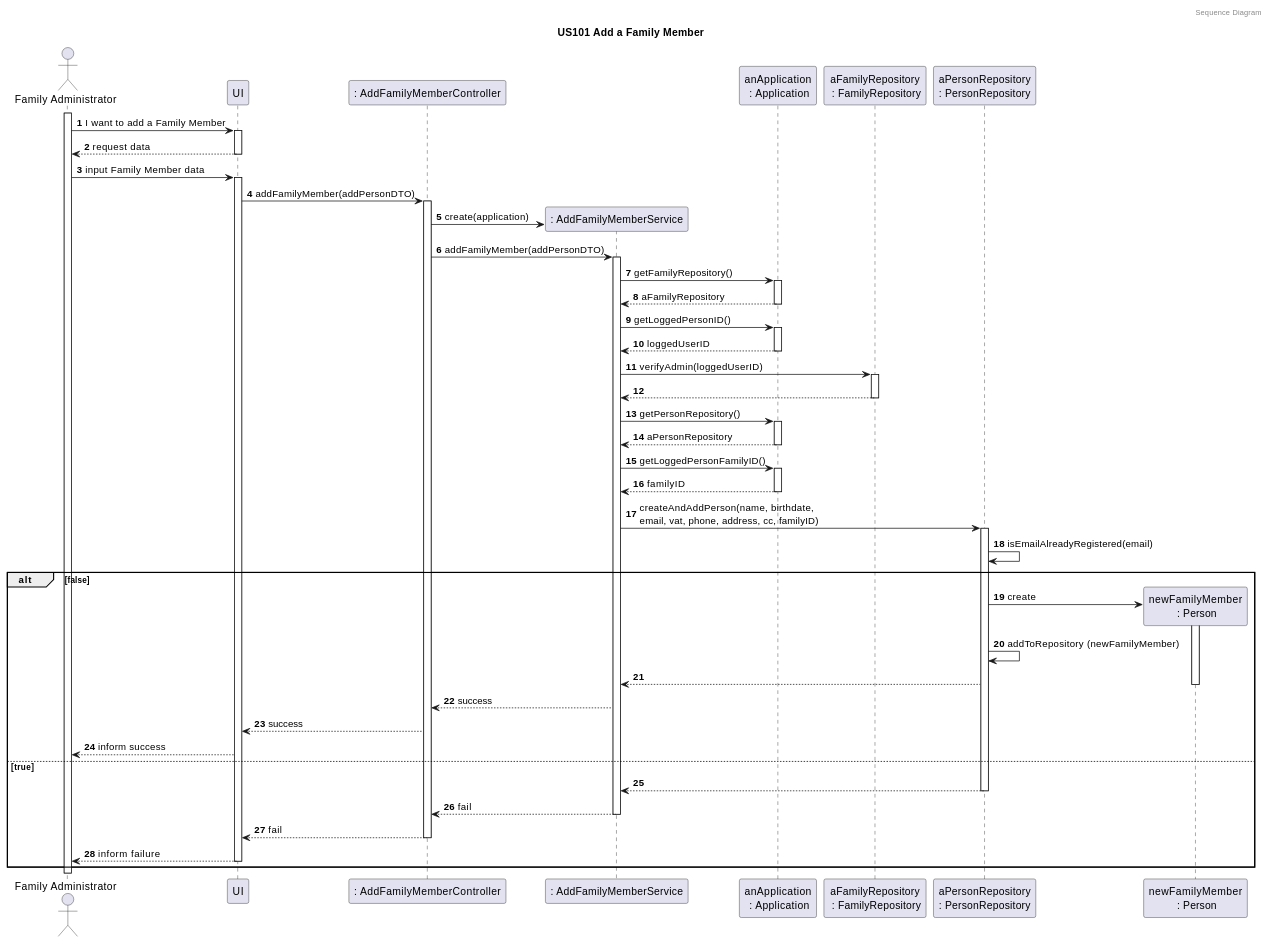
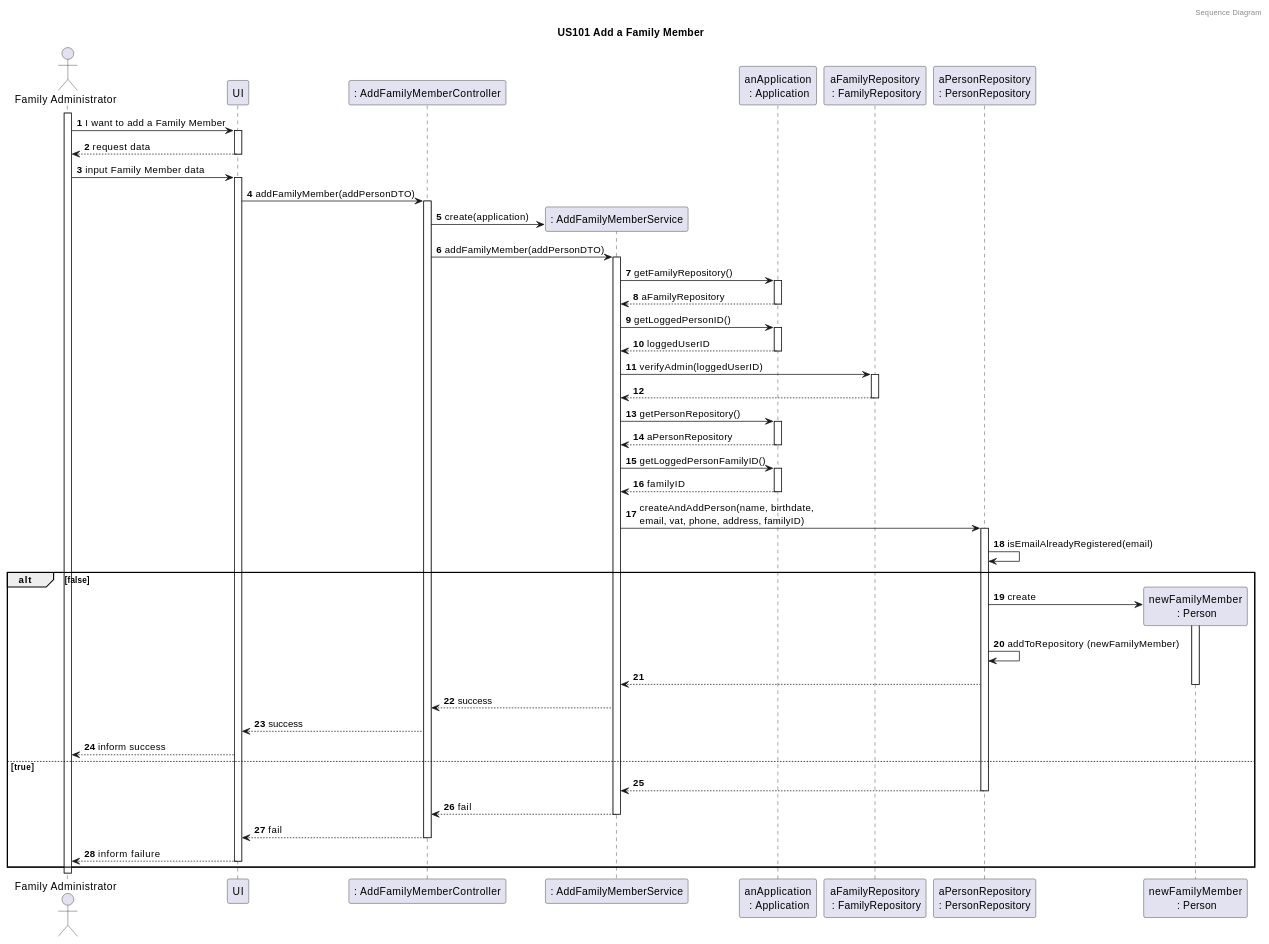
The fourth of 4 diagrams in docs/sprint3/user_stories/US101_AddFamilyMember.md (tomas-osswald/switch_2020_g3), drawn with PlantUML before and after one commit. The commit also changed other lines of this file and 1 other file, not shown here.

```diff
--- a/docs/sprint3/user_stories/US101_AddFamilyMember.md
+++ b/docs/sprint3/user_stories/US101_AddFamilyMember.md
@@ -325,7 +311,7 @@
 activate app
 return familyID
 
-FamAdminService -> prepository : createAndAddPerson(name, birthdate, \nemail, vat, phone, address, cc, familyID)
+FamAdminService -> prepository : createAndAddPerson(name, birthdate, \nemail, vat, phone, address, familyID)
 activate prepository
 
 prepository -> prepository : isEmailAlreadyRegistered(email)
```
